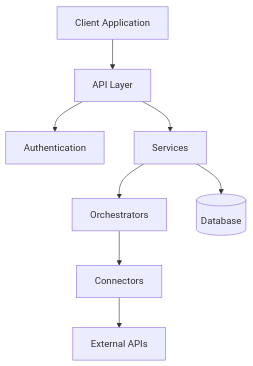
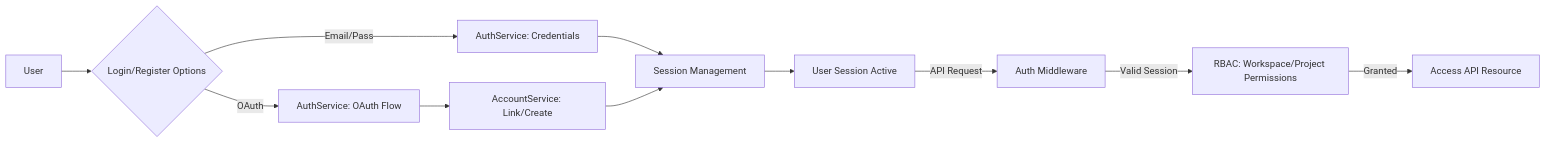
One commit to lowkey-dev21/Idea_lens-BE changed the second of 7 diagrams in README.md. Above: the diagram before and after it, drawn with Mermaid. The commit also changed other lines of this file and 154 other files, not shown here.

````diff
--- a/README.md
+++ b/README.md
@@ -26,10 +158,12 @@
 ```mermaid
-graph TD
-    Client[Client Application] --> API[API Layer]
-    API --> Auth[Authentication]
-    API --> Services[Services]
-    Services --> Orchestrators[Orchestrators]
-    Orchestrators --> Connectors[Connectors]
-    Connectors --> ExternalAPIs[External APIs]
-    Services --> Database[(Database)]
+graph LR
+    User --> LoginOptions{Login/Register Options}
+    LoginOptions -- Email/Pass --> AuthSvc1[AuthService: Credentials]
+    LoginOptions -- OAuth --> AuthSvc2[AuthService: OAuth Flow]
+    AuthSvc1 --> Session[Session Management]
+    AuthSvc2 --> AccountSvc[AccountService: Link/Create] --> Session
+    Session --> UserSession[User Session Active]
+    UserSession -- API Request --> Middleware[Auth Middleware]
+    Middleware -- Valid Session --> AccessCtrl[RBAC: Workspace/Project Permissions]
+    AccessCtrl -- Granted --> API_Resource[Access API Resource]
 ```
````
